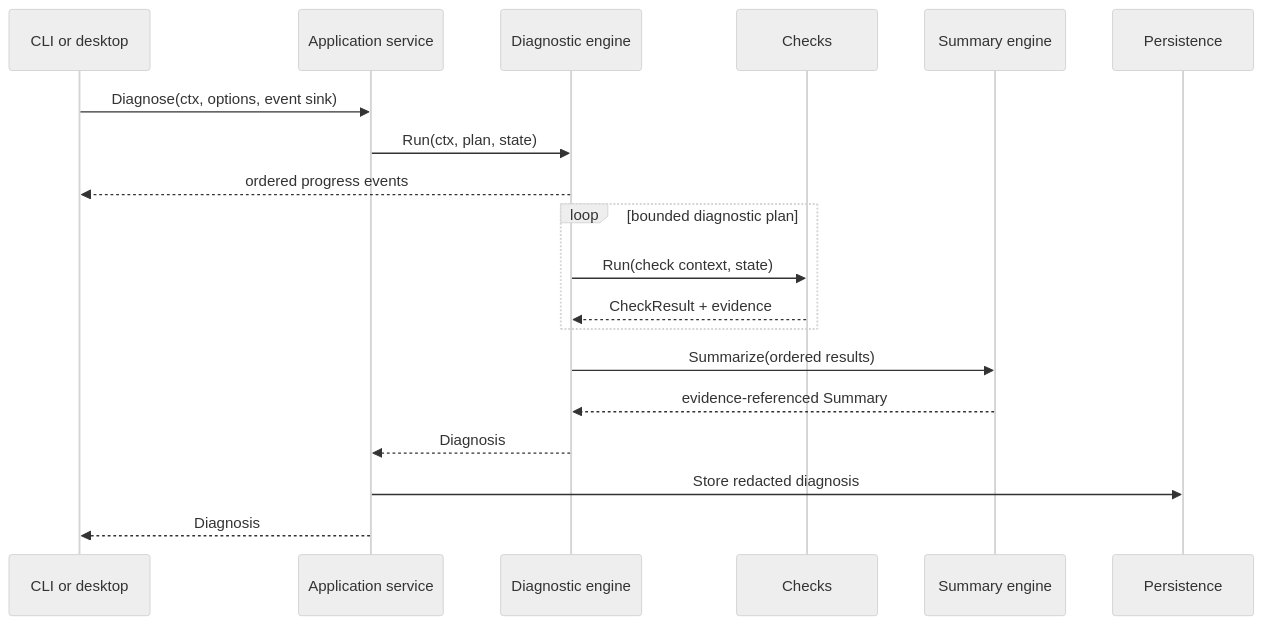
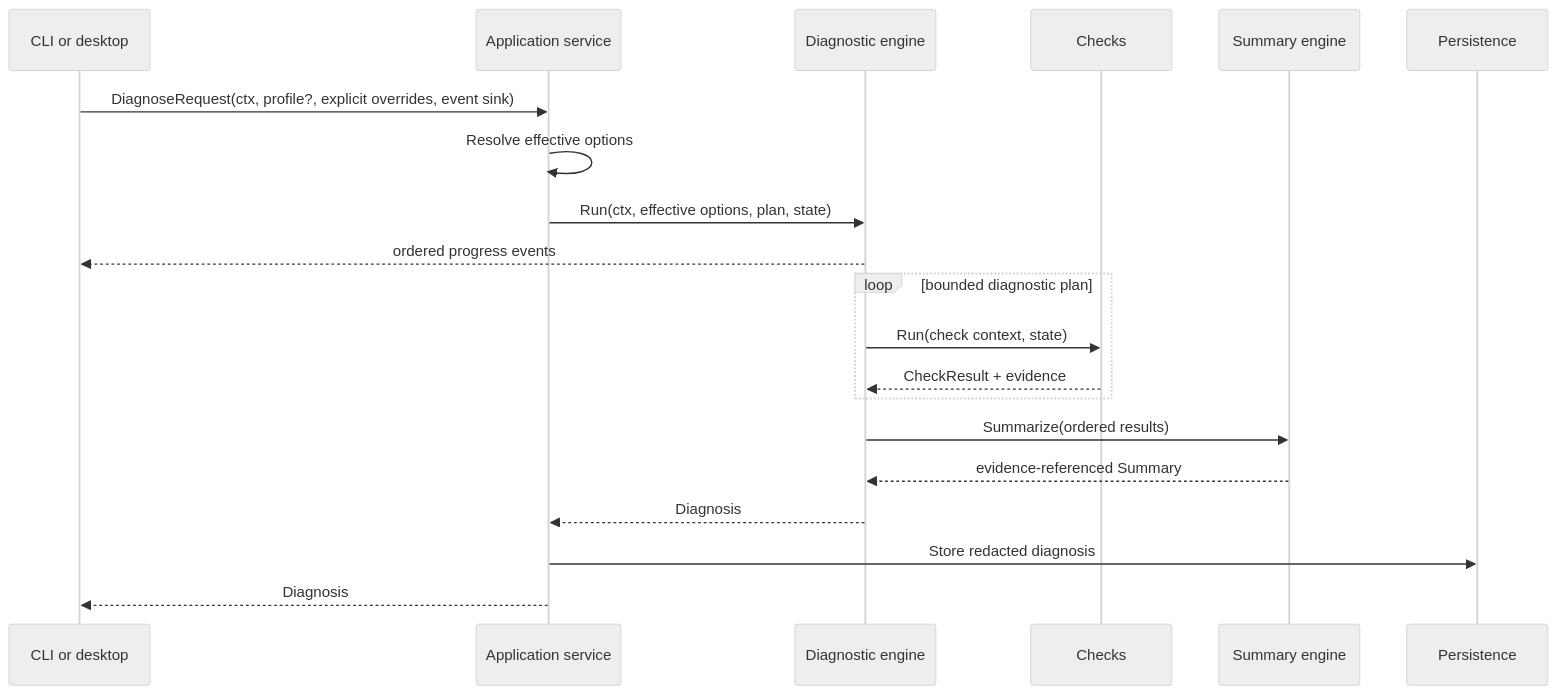
One commit to Naenier/Orynelo changed the second of 2 diagrams in docs/architecture.md. Above: the diagram before and after it, drawn with Mermaid (neutral theme). The commit also changed other lines of this file and 32 other files, not shown here.

````diff
--- a/docs/architecture.md
+++ b/docs/architecture.md
@@ -74,22 +76,23 @@
 ```mermaid
 sequenceDiagram
     participant U as CLI or desktop
     participant A as Application service
     participant E as Diagnostic engine
     participant C as Checks
     participant S as Summary engine
     participant P as Persistence
 
-    U->>A: Diagnose(ctx, options, event sink)
-    A->>E: Run(ctx, plan, state)
+    U->>A: DiagnoseRequest(ctx, profile?, explicit overrides, event sink)
+    A->>A: Resolve effective options
+    A->>E: Run(ctx, effective options, plan, state)
     E-->>U: ordered progress events
     loop bounded diagnostic plan
         E->>C: Run(check context, state)
         C-->>E: CheckResult + evidence
     end
     E->>S: Summarize(ordered results)
     S-->>E: evidence-referenced Summary
     E-->>A: Diagnosis
     A->>P: Store redacted diagnosis
     A-->>U: Diagnosis
 ```
````
